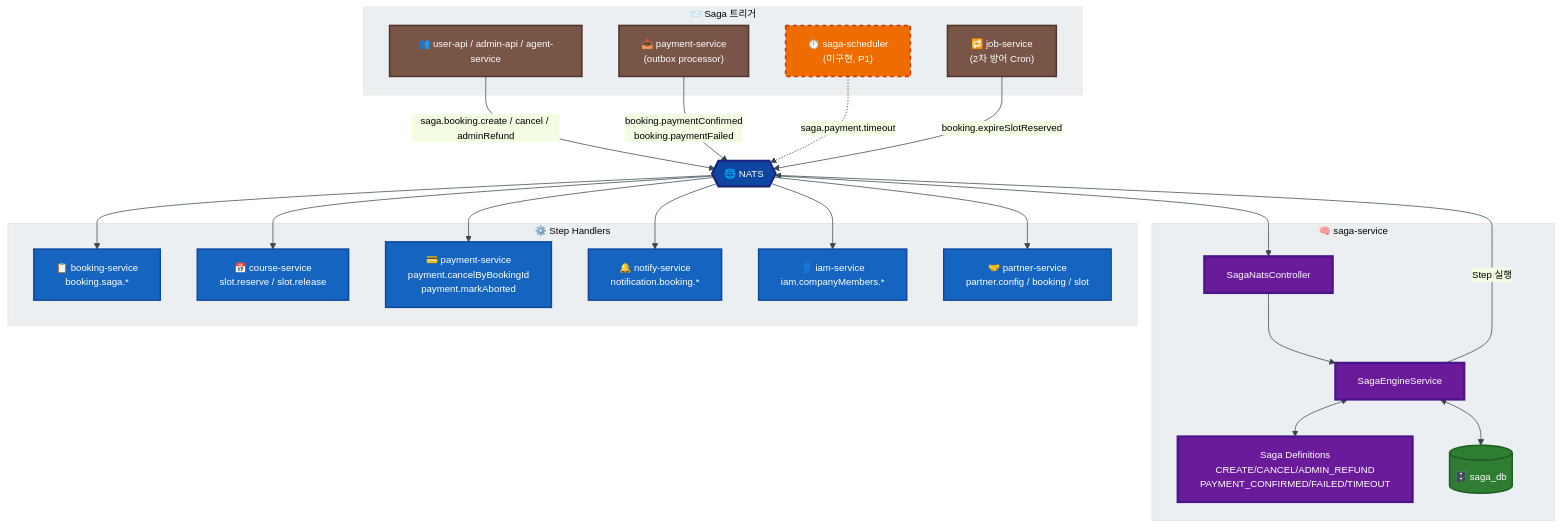
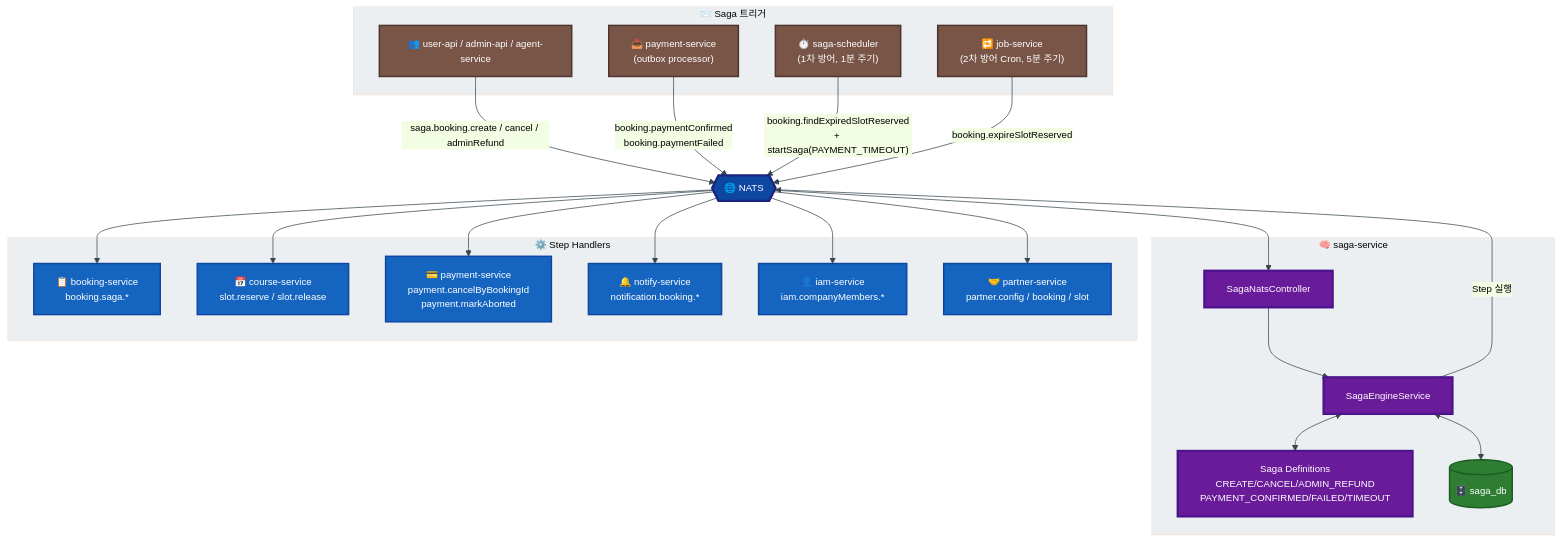
Before and after one commit to uniyous/parkgolf-platform: the first of 3 diagrams in docs/workflow/SAGA.md, drawn with Mermaid. The commit also changed other lines of this file, not shown here.

Commit message:
docs(SAGA): 전체 그림 다이어그램 saga-scheduler 구현 상태 반영
- saga-scheduler 노드 라벨: "(미구현, P1)" → "(1차 방어, 1분 주기)"
- 점선 화살표(todo) → 실선 화살표 (정상 운영)
- trig 클래스로 변경 (갈색)
- 화살표 라벨에 booking.findExpiredSlotReserved + startSaga(PAYMENT_TIMEOUT) 명시
- NATS 패턴 표에 신규 패턴(booking.findExpiredSlotReserved) 추가, saga-scheduler/job-service 행 분리

````diff
--- a/docs/workflow/SAGA.md
+++ b/docs/workflow/SAGA.md
@@ -40,53 +40,52 @@
 ```mermaid
 %%{init: {'theme':'base','themeVariables':{'primaryColor':'#E3F2FD','primaryTextColor':'#000','primaryBorderColor':'#1565C0','lineColor':'#37474F','clusterBkg':'#ECEFF1','fontSize':'13px'}}}%%
 flowchart TB
     subgraph Triggers["📨 Saga 트리거"]
         UA["👥 user-api / admin-api / agent-service"]
         PS_OBX["📤 payment-service<br/>(outbox processor)"]
-        SCHED["⏱️ saga-scheduler<br/>(미구현, P1)"]
-        JOB["🔁 job-service<br/>(2차 방어 Cron)"]
+        SCHED["⏱️ saga-scheduler<br/>(1차 방어, 1분 주기)"]
+        JOB["🔁 job-service<br/>(2차 방어 Cron, 5분 주기)"]
     end
 
     subgraph Orchestrator["🧠 saga-service"]
         CTRL["SagaNatsController"]
         ENGINE["SagaEngineService"]
         DEFS["Saga Definitions<br/>CREATE/CANCEL/ADMIN_REFUND<br/>PAYMENT_CONFIRMED/FAILED/TIMEOUT"]
         DB_S[("🗄️ saga_db")]
     end
 
     NATS{{"🌐 NATS"}}
 
     subgraph StepHandlers["⚙️ Step Handlers"]
         BS["📋 booking-service<br/>booking.saga.*"]
         CS["📅 course-service<br/>slot.reserve / slot.release"]
         PAY["💳 payment-service<br/>payment.cancelByBookingId<br/>payment.markAborted"]
         NS["🔔 notify-service<br/>notification.booking.*"]
         IAM["👤 iam-service<br/>iam.companyMembers.*"]
         PRT["🤝 partner-service<br/>partner.config / booking / slot"]
     end
 
     UA -->|"saga.booking.create / cancel / adminRefund"| NATS
     PS_OBX -->|"booking.paymentConfirmed<br/>booking.paymentFailed"| NATS
-    SCHED -.->|"saga.payment.timeout"| NATS
+    SCHED -->|"booking.findExpiredSlotReserved<br/>+ startSaga(PAYMENT_TIMEOUT)"| NATS
     JOB -->|"booking.expireSlotReserved"| NATS
 
     NATS --> CTRL --> ENGINE
     ENGINE <--> DEFS
     ENGINE <--> DB_S
     ENGINE -->|"Step 실행"| NATS
     NATS --> BS & CS & PAY & NS & IAM & PRT
 
     classDef trig fill:#795548,color:#fff,stroke:#4E342E,stroke-width:2px
     classDef orch fill:#6A1B9A,color:#fff,stroke:#4A148C,stroke-width:3px
     classDef bus fill:#0D47A1,color:#fff,stroke:#1A237E,stroke-width:3px
     classDef hand fill:#1565C0,color:#fff,stroke:#0D47A1,stroke-width:2px
     classDef store fill:#2E7D32,color:#fff,stroke:#1B5E20,stroke-width:2px
     classDef todo fill:#EF6C00,color:#fff,stroke:#BF360C,stroke-width:2px,stroke-dasharray:5 5
 
-    class UA,PS_OBX,JOB trig
-    class SCHED todo
+    class UA,PS_OBX,JOB,SCHED trig
     class CTRL,ENGINE,DEFS orch
     class NATS bus
     class BS,CS,PAY,NS,IAM,PRT hand
     class DB_S store
 ```
````
